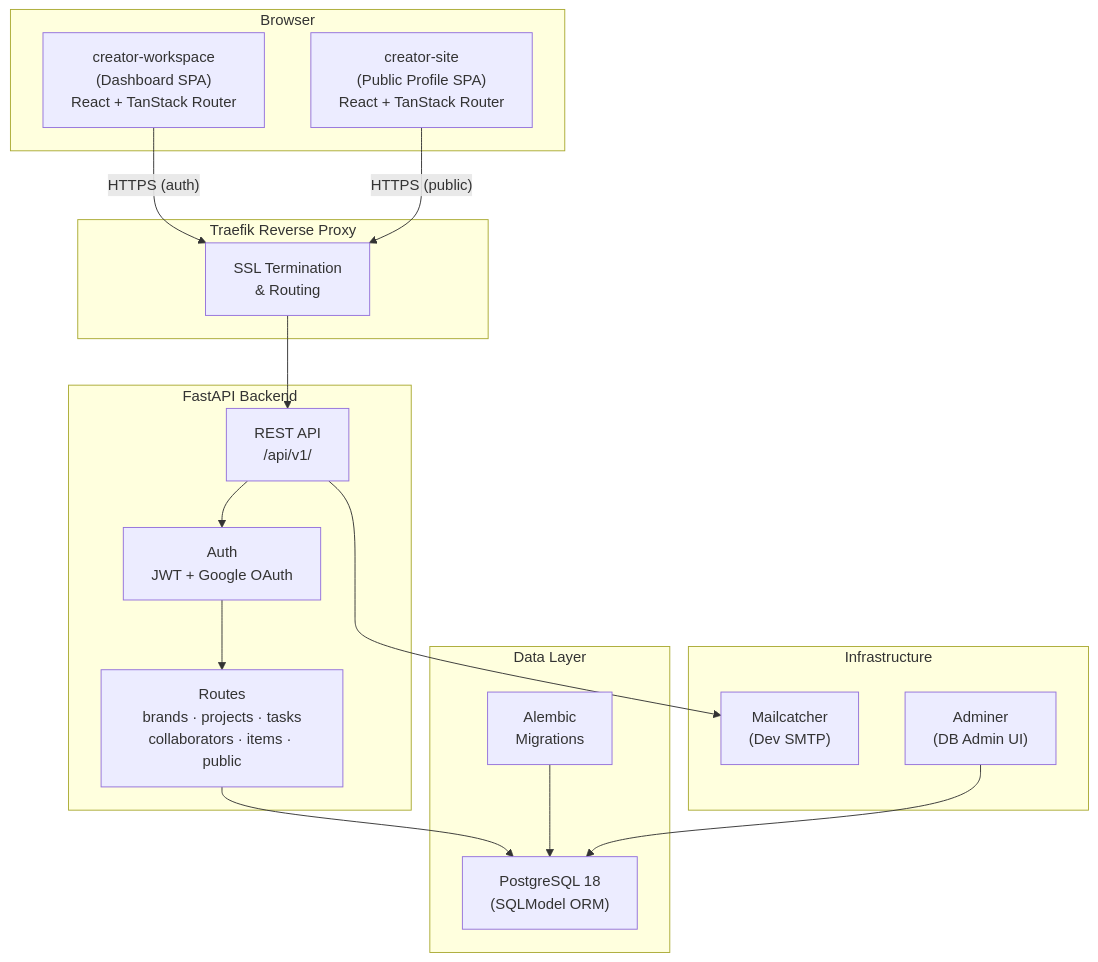
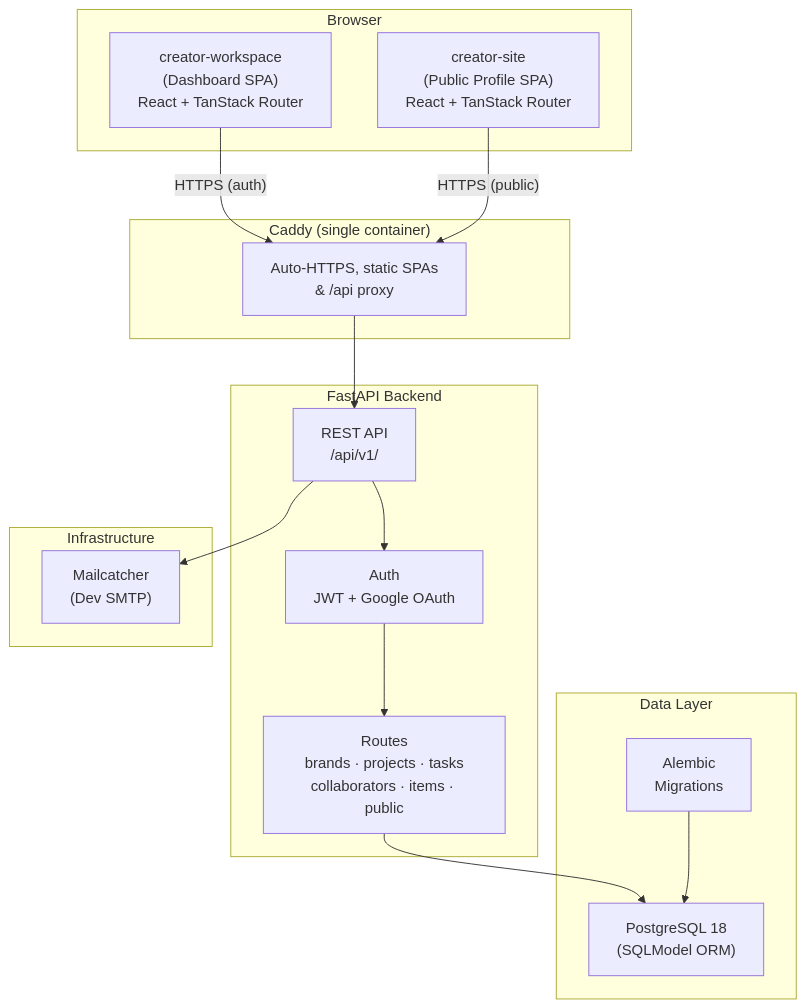
One commit to hasan-sakib/creatorhandle changed the first of 3 diagrams in README.md. Above: the diagram before and after it, drawn with Mermaid. The commit also changed other lines of this file and 147 other files, not shown here.

````diff
--- a/README.md
+++ b/README.md
@@ -35,37 +35,35 @@
 ```mermaid
 graph TB
     subgraph Client["Browser"]
         WS["creator-workspace<br/>(Dashboard SPA)<br/>React + TanStack Router"]
         CS["creator-site<br/>(Public Profile SPA)<br/>React + TanStack Router"]
     end
 
-    subgraph Proxy["Traefik Reverse Proxy"]
-        T["SSL Termination<br/>& Routing"]
+    subgraph Proxy["Caddy (single container)"]
+        T["Auto-HTTPS, static SPAs<br/>& /api proxy"]
     end
 
     subgraph Backend["FastAPI Backend"]
         API["REST API<br/>/api/v1/"]
         AUTH["Auth<br/>JWT + Google OAuth"]
         ROUTES["Routes<br/>brands · projects · tasks<br/>collaborators · items · public"]
     end
 
     subgraph DB["Data Layer"]
         PG["PostgreSQL 18<br/>(SQLModel ORM)"]
         ALM["Alembic<br/>Migrations"]
     end
 
     subgraph Infra["Infrastructure"]
         MAIL["Mailcatcher<br/>(Dev SMTP)"]
-        ADM["Adminer<br/>(DB Admin UI)"]
     end
 
     WS -->|"HTTPS (auth)"| T
     CS -->|"HTTPS (public)"| T
     T --> API
     API --> AUTH
     AUTH --> ROUTES
     ROUTES --> PG
     ALM --> PG
     API --> MAIL
-    ADM --> PG
 ```
````
